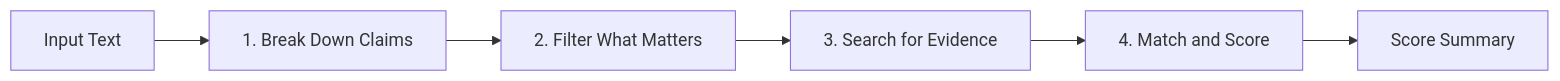
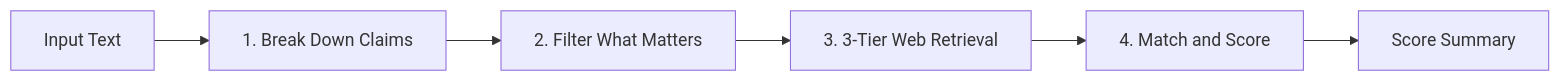
One commit to pyscriptcli/sherlock changed the diagram in README.md. Above: the diagram before and after it, drawn with Mermaid. The commit also changed other lines of this file and 3 other files, not shown here.

Commit message:
feat: add 3-tier retrieval protocol and browser fetch tool

````diff
--- a/README.md
+++ b/README.md
@@ -27,8 +27,8 @@
 ```mermaid
 flowchart LR
     A["Input Text"] --> B["1. Break Down Claims"]
     B --> C["2. Filter What Matters"]
-    C --> D["3. Search for Evidence"]
+    C --> D["3. 3-Tier Web Retrieval"]
     D --> E["4. Match and Score"]
     E --> F["Score Summary"]
 ```
````
